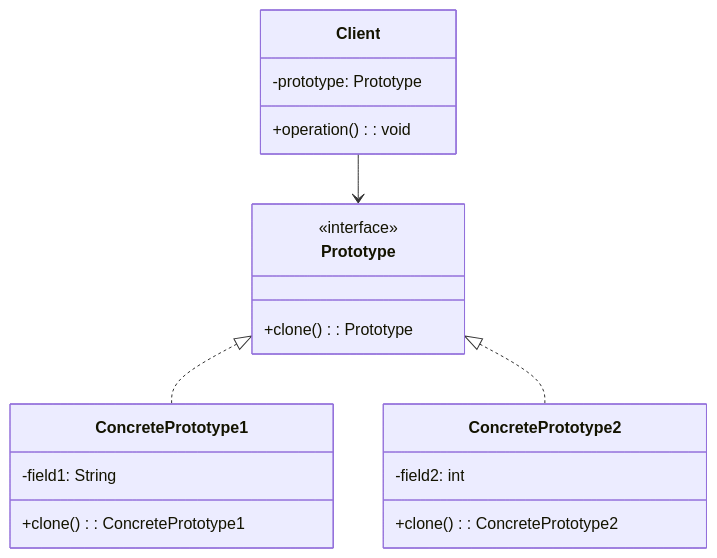
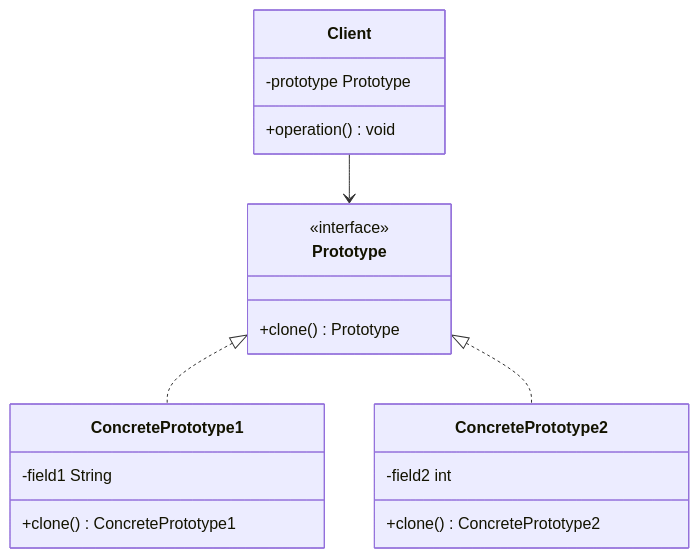
Before and after one commit to chihhung/Blog: the eighth of 29 diagrams in content/posts/教學/分析與設計/Design Pattern教學.md, drawn with Mermaid. The commit also changed other lines of this file and 5 other files, not shown here.

````diff
--- a/content/posts/教學/分析與設計/Design Pattern教學.md
+++ b/content/posts/教學/分析與設計/Design Pattern教學.md
@@ -1070,26 +1070,26 @@
 ```mermaid
 classDiagram
     class Prototype {
         <<interface>>
-        +clone(): Prototype
+        +clone() Prototype
     }
     
     class ConcretePrototype1 {
-        -field1: String
-        +clone(): ConcretePrototype1
+        -field1 String
+        +clone() ConcretePrototype1
     }
     
     class ConcretePrototype2 {
-        -field2: int
-        +clone(): ConcretePrototype2
+        -field2 int
+        +clone() ConcretePrototype2
     }
     
     class Client {
-        -prototype: Prototype
-        +operation(): void
+        -prototype Prototype
+        +operation() void
     }
     
     Prototype <|.. ConcretePrototype1
     Prototype <|.. ConcretePrototype2
     Client --> Prototype
 ```
````
